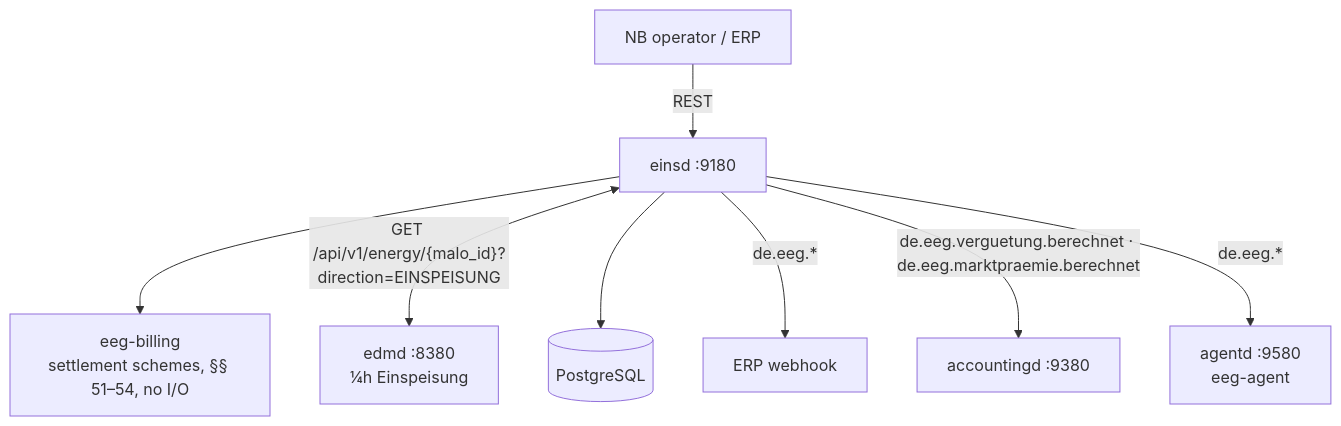
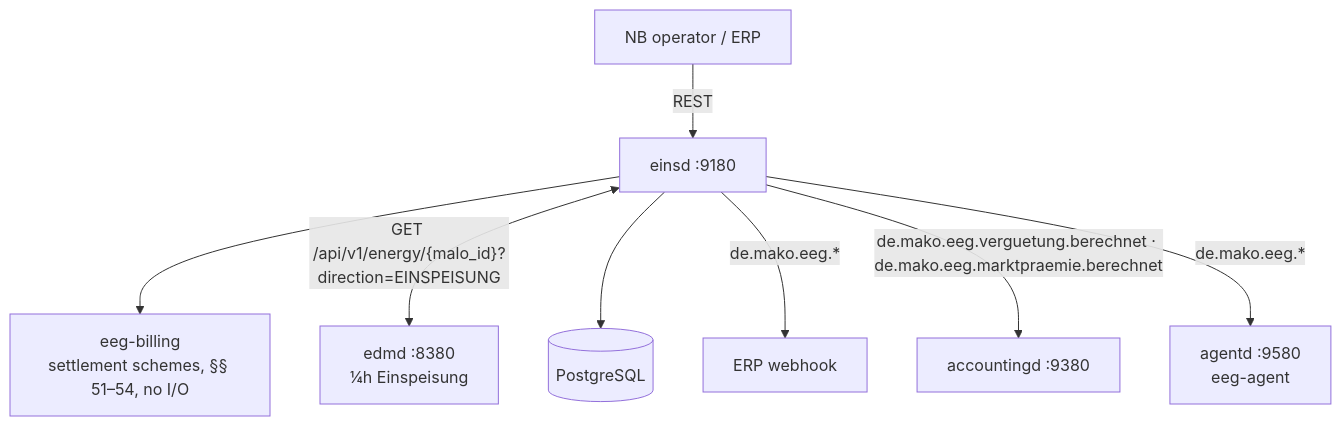
The first of 2 diagrams in site/content/docs/services/einsd.md (hupe1980/mako), drawn with Mermaid before and after one commit. The commit also changed other lines of this file and 379 other files, not shown here.

````diff
--- a/site/content/docs/services/einsd.md
+++ b/site/content/docs/services/einsd.md
@@ -21,19 +21,19 @@
 ```mermaid
 graph TB
     Operator["NB operator / ERP"]
     edmd["edmd :8380<br/>¼h Einspeisung"]
     einsd["einsd :9180"]
     eeg_billing["eeg-billing<br/>settlement schemes, §§ 51–54, no I/O"]
     db[("PostgreSQL")]
     erp["ERP webhook"]
     accountingd["accountingd :9380"]
     agentd["agentd :9580<br/>eeg-agent"]
 
     Operator -->|"REST"| einsd
     einsd --> eeg_billing
     einsd <-->|"GET /api/v1/energy/{malo_id}?direction=EINSPEISUNG"| edmd
     einsd --> db
-    einsd -->|"de.eeg.*"| erp
-    einsd -->|"de.eeg.verguetung.berechnet · de.eeg.marktpraemie.berechnet"| accountingd
-    einsd -->|"de.eeg.*"| agentd
+    einsd -->|"de.mako.eeg.*"| erp
+    einsd -->|"de.mako.eeg.verguetung.berechnet · de.mako.eeg.marktpraemie.berechnet"| accountingd
+    einsd -->|"de.mako.eeg.*"| agentd
 ```
````
